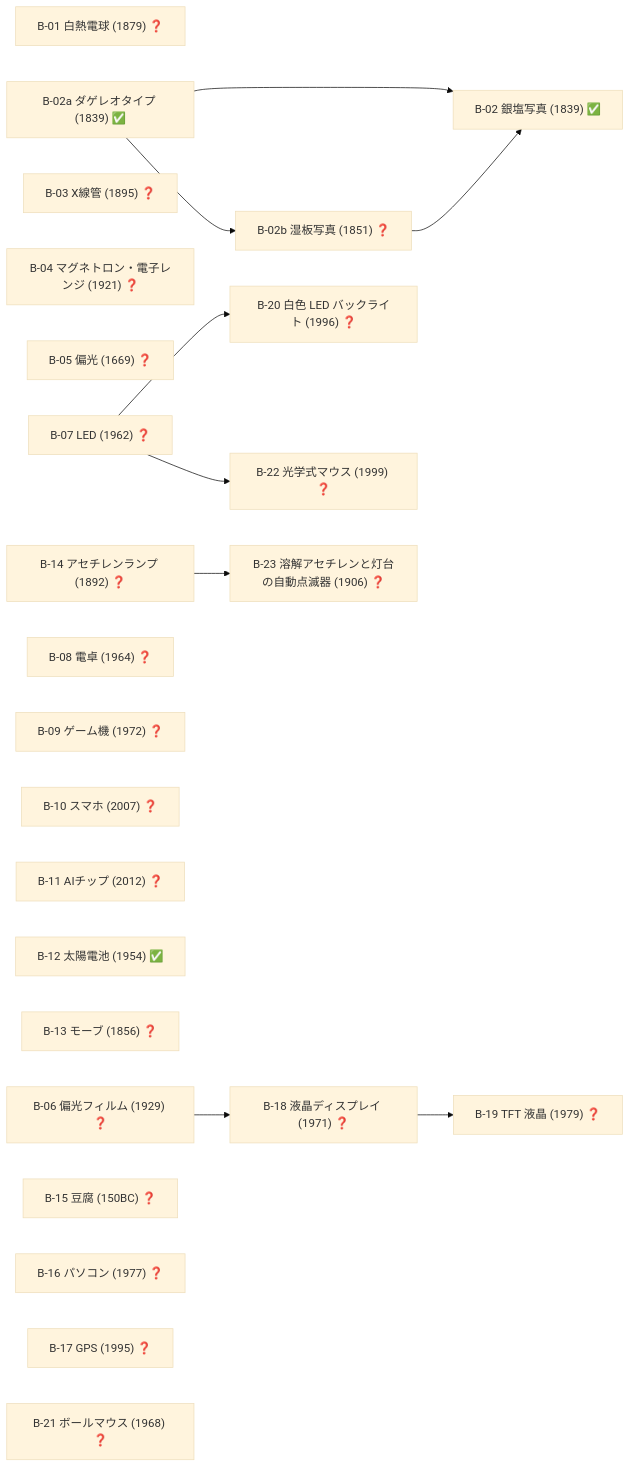
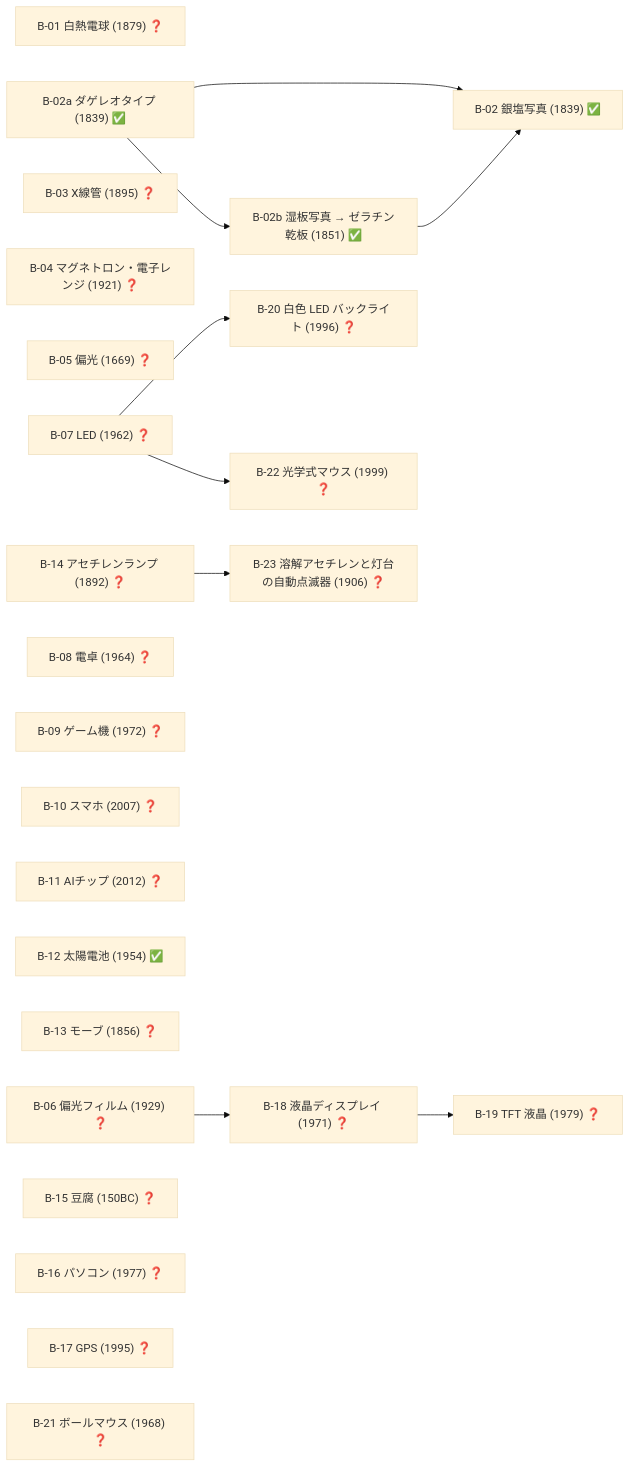
One commit to taku3i0317-collab/semiconductor-lab changed diagram 19 of 19 in docs/TECH_TREE_VIEW.md. Above: the diagram before and after it, drawn with Mermaid (base theme). The commit also changed other lines of this file and 8 other files, not shown here.

````diff
--- a/docs/TECH_TREE_VIEW.md
+++ b/docs/TECH_TREE_VIEW.md
@@ -981,36 +984,36 @@
 ```mermaid
 graph LR
   nB_01["B-01 白熱電球 (1879) ❓"]
   nB_02["B-02 銀塩写真 (1839) ✅"]
   nB_02a["B-02a ダゲレオタイプ (1839) ✅"]
-  nB_02b["B-02b 湿板写真 (1851) ❓"]
+  nB_02b["B-02b 湿板写真 → ゼラチン乾板 (1851) ✅"]
   nB_03["B-03 X線管 (1895) ❓"]
   nB_04["B-04 マグネトロン・電子レンジ (1921) ❓"]
   nB_05["B-05 偏光 (1669) ❓"]
   nB_06["B-06 偏光フィルム (1929) ❓"]
   nB_07["B-07 LED (1962) ❓"]
   nB_08["B-08 電卓 (1964) ❓"]
   nB_09["B-09 ゲーム機 (1972) ❓"]
   nB_10["B-10 スマホ (2007) ❓"]
   nB_11["B-11 AIチップ (2012) ❓"]
   nB_12["B-12 太陽電池 (1954) ✅"]
   nB_13["B-13 モーブ (1856) ❓"]
   nB_14["B-14 アセチレンランプ (1892) ❓"]
   nB_15["B-15 豆腐 (150BC) ❓"]
   nB_16["B-16 パソコン (1977) ❓"]
   nB_17["B-17 GPS (1995) ❓"]
   nB_18["B-18 液晶ディスプレイ (1971) ❓"]
   nB_19["B-19 TFT 液晶 (1979) ❓"]
   nB_20["B-20 白色 LED バックライト (1996) ❓"]
   nB_21["B-21 ボールマウス (1968) ❓"]
   nB_22["B-22 光学式マウス (1999) ❓"]
   nB_23["B-23 溶解アセチレンと灯台の自動点滅器 (1906) ❓"]
   nB_02a-->nB_02
   nB_02b-->nB_02
   nB_02a-->nB_02b
   nB_06-->nB_18
   nB_18-->nB_19
   nB_07-->nB_20
   nB_07-->nB_22
   nB_14-->nB_23
 ```
````
